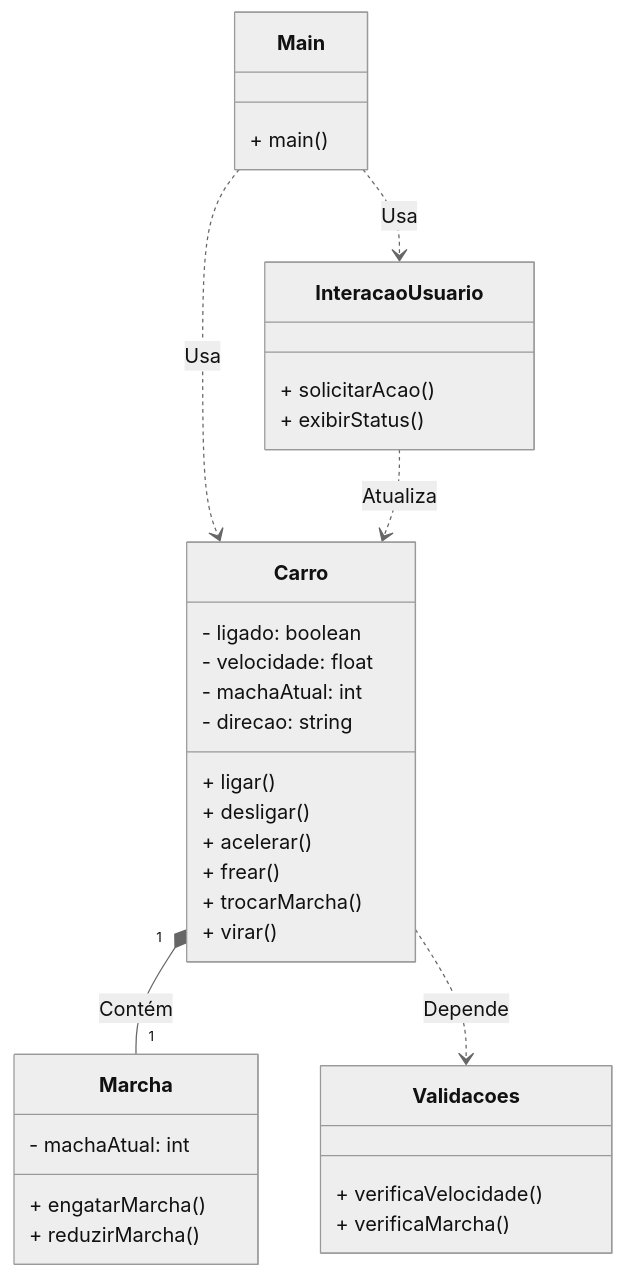
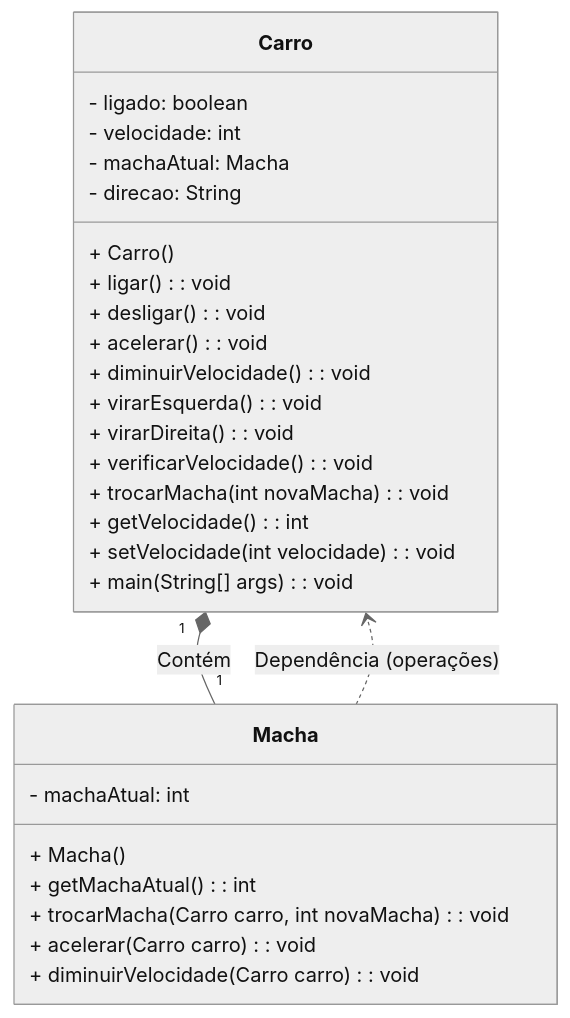
One commit to jonson22rodriguesalves/ex-automovel changed the diagram in README.md. Above: the diagram before and after it, drawn with Mermaid (neutral theme).

Commit message:
Update README.md
Segundo Commit.

`````diff
--- a/README.md
+++ b/README.md
@@ -89,41 +89,33 @@
 ````mermaid
 classDiagram
     class Carro {
         - ligado: boolean
-        - velocidade: float
-        - machaAtual: int
-        - direcao: string
-        + ligar()
-        + desligar()
-        + acelerar()
-        + frear()
-        + trocarMarcha()
-        + virar()
+        - velocidade: int
+        - machaAtual: Macha
+        - direcao: String
+        + Carro()
+        + ligar(): void
+        + desligar(): void
+        + acelerar(): void
+        + diminuirVelocidade(): void
+        + virarEsquerda(): void
+        + virarDireita(): void
+        + verificarVelocidade(): void
+        + trocarMacha(int novaMacha): void
+        + getVelocidade(): int
+        + setVelocidade(int velocidade): void
+        + main(String[] args): void
     }
 
-    class Marcha {
+    class Macha {
         - machaAtual: int
-        + engatarMarcha()
-        + reduzirMarcha()
+        + Macha()
+        + getMachaAtual(): int
+        + trocarMacha(Carro carro, int novaMacha): void
+        + acelerar(Carro carro): void
+        + diminuirVelocidade(Carro carro): void
     }
 
-    class Validacoes {
-        + verificaVelocidade()
-        + verificaMarcha()
-    }
-
-    class InteracaoUsuario {
-        + solicitarAcao()
-        + exibirStatus()
-    }
-
-    class Main {
-        + main()
-    }
-
-    Carro "1" *-- "1" Marcha : Contém
-    Main ..> Carro : Usa
-    Main ..> InteracaoUsuario : Usa
-    Carro ..> Validacoes : Depende
-    InteracaoUsuario ..> Carro : Atualiza
+    Carro "1" *-- "1" Macha : Contém
+    Macha ..> Carro : Dependência (operações)
 ````
`````
